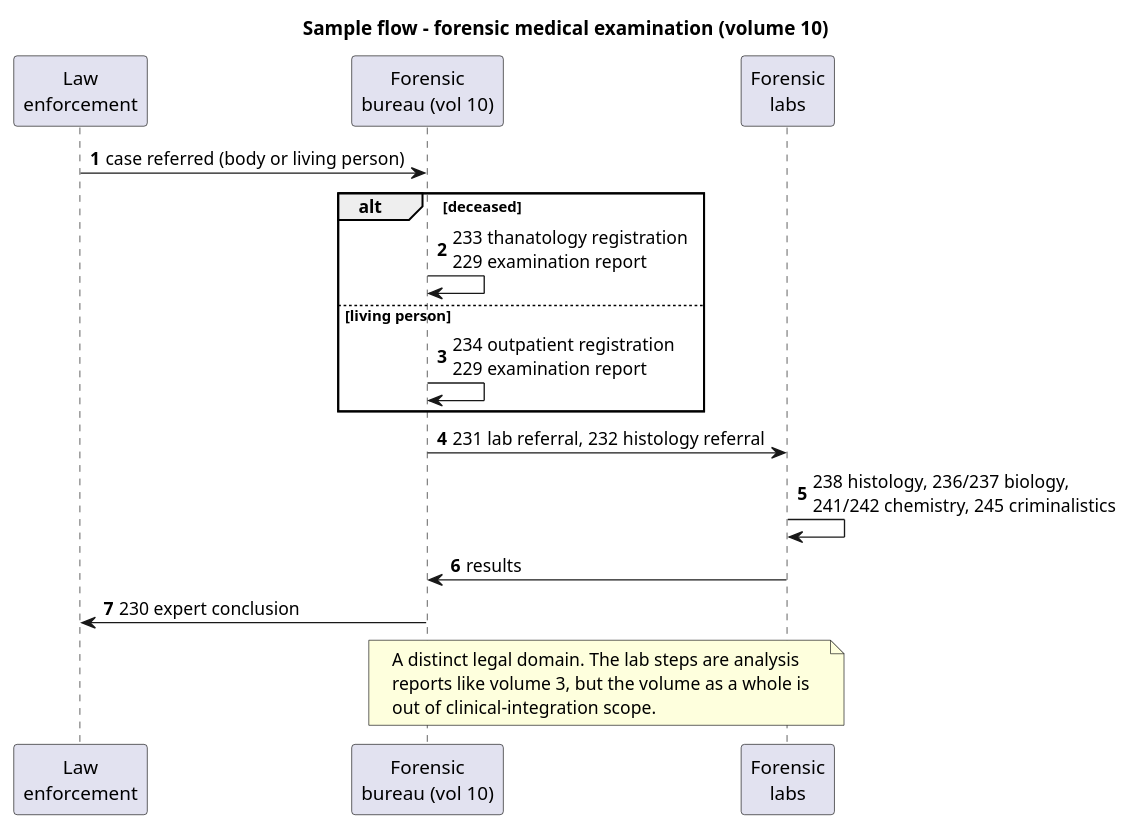
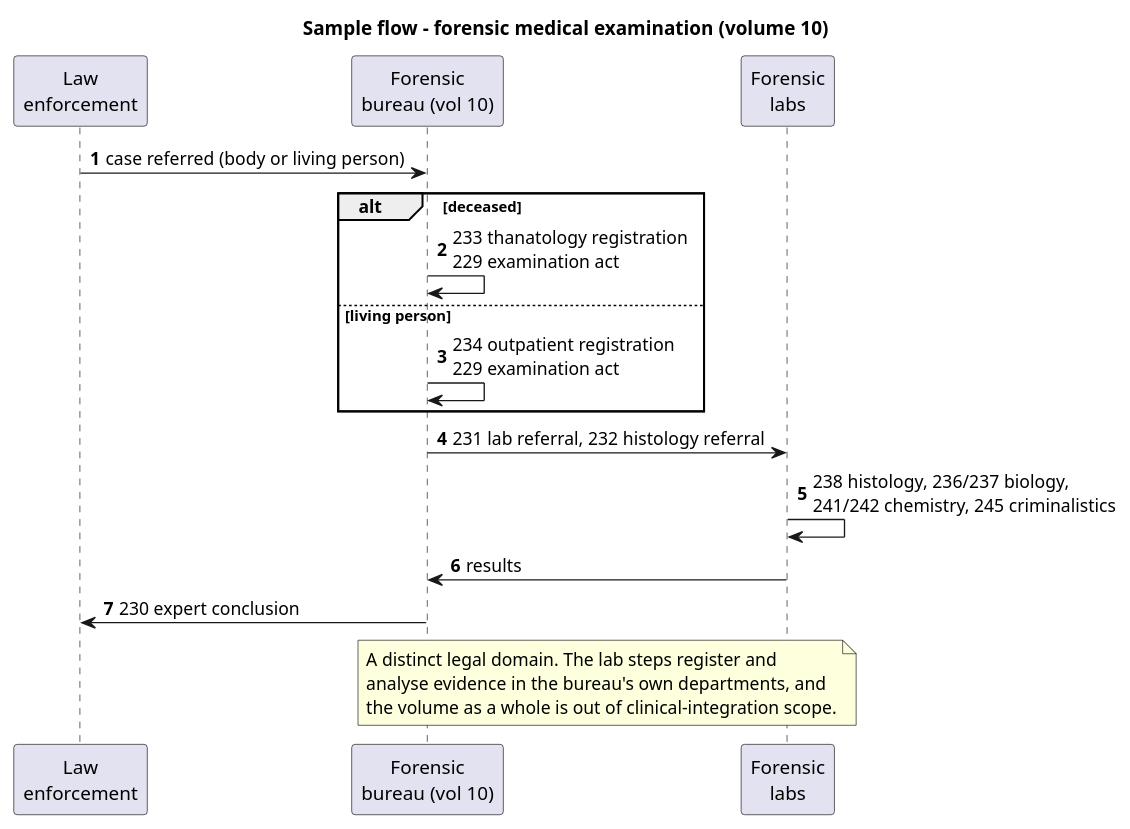
The diagram in input/images-source/forms-vol10-flow.plantuml (uzinfocom-org/digital-health-integration), drawn with PlantUML before and after one commit. The commit also changed 7 other files, not shown here.

```diff
--- a/input/images-source/forms-vol10-flow.plantuml
+++ b/input/images-source/forms-vol10-flow.plantuml
@@ -1,25 +1,25 @@
 @startuml forms-vol10-flow
 title Sample flow - forensic medical examination (volume 10)
 autonumber
 
 participant "Law\nenforcement" as LE
 participant "Forensic\nbureau (vol 10)" as FB
 participant "Forensic\nlabs" as LAB
 
 LE -> FB : case referred (body or living person)
 alt deceased
-  FB -> FB : 233 thanatology registration\n229 examination report
+  FB -> FB : 233 thanatology registration\n229 examination act
 else living person
-  FB -> FB : 234 outpatient registration\n229 examination report
+  FB -> FB : 234 outpatient registration\n229 examination act
 end
 FB -> LAB : 231 lab referral, 232 histology referral
 LAB -> LAB : 238 histology, 236/237 biology,\n241/242 chemistry, 245 criminalistics
 LAB -> FB : results
 FB -> LE : 230 expert conclusion
 
 note over FB, LAB
-  A distinct legal domain. The lab steps are analysis
-  reports like volume 3, but the volume as a whole is
-  out of clinical-integration scope.
+  A distinct legal domain. The lab steps register and
+  analyse evidence in the bureau's own departments, and
+  the volume as a whole is out of clinical-integration scope.
 end note
 @enduml
```
